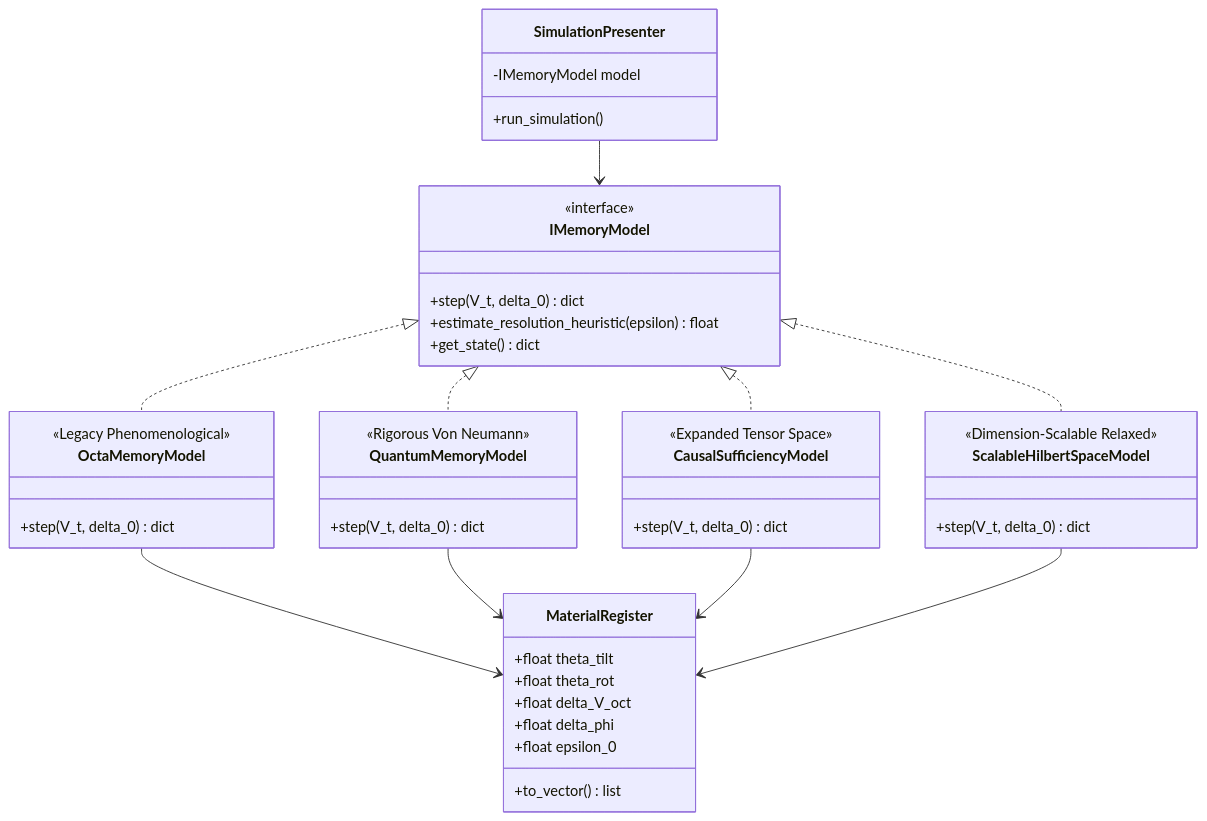
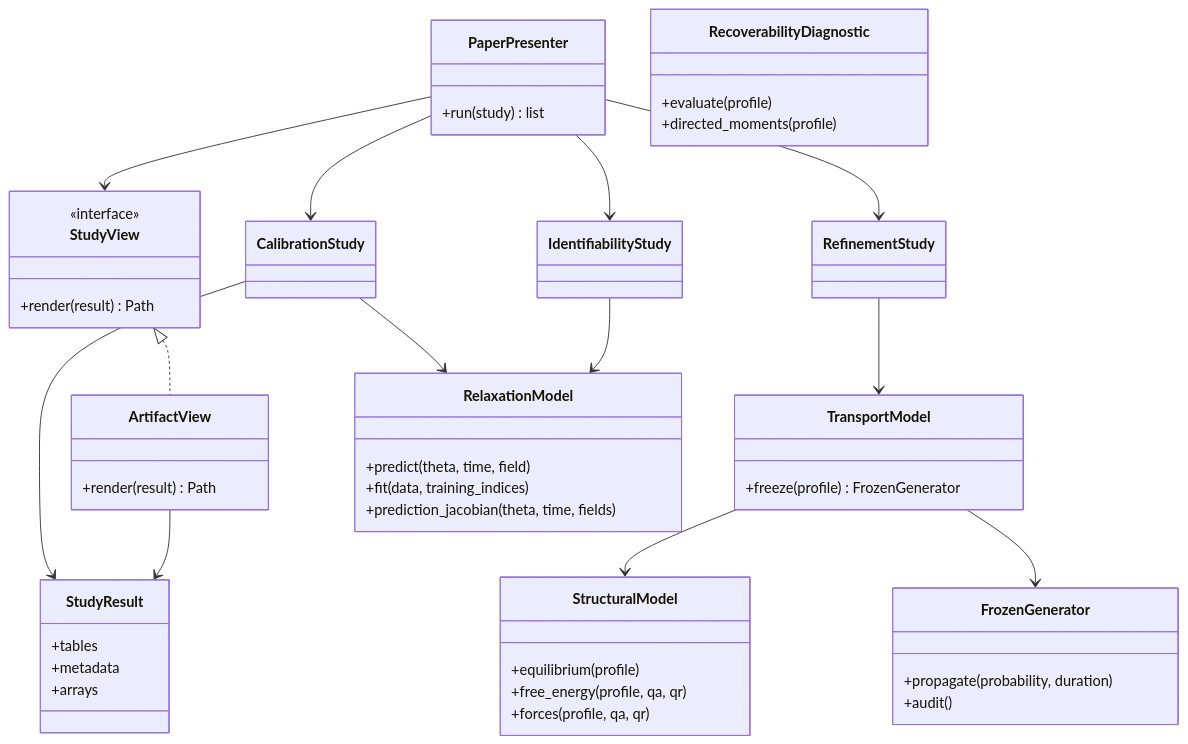
The first of 2 diagrams in README.md (QC-UPM/OgTRQC), drawn with Mermaid before and after one commit. The commit also changed other lines of this file and 169 other files, not shown here.

````diff
--- a/README.md
+++ b/README.md
@@ -79,55 +63,51 @@
 ```mermaid
 classDiagram
-    class MaterialRegister {
-        +float theta_tilt
-        +float theta_rot
-        +float delta_V_oct
-        +float delta_phi
-        +float epsilon_0
-        +to_vector() list
+    class PaperPresenter {
+        +run(study) list
     }
-
-    class IMemoryModel {
+    class StudyView {
         <<interface>>
-        +step(V_t, delta_0) dict
-        +estimate_resolution_heuristic(epsilon) float
-        +get_state() dict
+        +render(result) Path
     }
-
-    class OctaMemoryModel {
-        <<Legacy Phenomenological>>
-        +step(V_t, delta_0) dict
+    class ArtifactView {
+        +render(result) Path
     }
-
-    class QuantumMemoryModel {
-        <<Rigorous Von Neumann>>
-        +step(V_t, delta_0) dict
+    class StudyResult {
+        +tables
+        +metadata
+        +arrays
     }
-    
-    class CausalSufficiencyModel {
-        <<Expanded Tensor Space>>
-        +step(V_t, delta_0) dict
+    class StructuralModel {
+        +equilibrium(profile)
+        +free_energy(profile, qa, qr)
+        +forces(profile, qa, qr)
     }
-    
-    class ScalableHilbertSpaceModel {
-        <<Dimension-Scalable Relaxed>>
-        +step(V_t, delta_0) dict
+    class TransportModel {
+        +freeze(profile) FrozenGenerator
     }
-
-    IMemoryModel <|.. OctaMemoryModel
-    IMemoryModel <|.. QuantumMemoryModel
-    IMemoryModel <|.. CausalSufficiencyModel
-    IMemoryModel <|.. ScalableHilbertSpaceModel
-    
-    OctaMemoryModel --> MaterialRegister
-    QuantumMemoryModel --> MaterialRegister
-    CausalSufficiencyModel --> MaterialRegister
-    ScalableHilbertSpaceModel --> MaterialRegister
-
-    class SimulationPresenter {
-        -IMemoryModel model
-        +run_simulation()
+    class FrozenGenerator {
+        +propagate(probability, duration)
+        +audit()
     }
-    
-    SimulationPresenter --> IMemoryModel
+    class RelaxationModel {
+        +predict(theta, time, field)
+        +fit(data, training_indices)
+        +prediction_jacobian(theta, time, fields)
+    }
+    class RecoverabilityDiagnostic {
+        +evaluate(profile)
+        +directed_moments(profile)
+    }
+    StudyView <|.. ArtifactView
+    PaperPresenter --> StudyView
+    PaperPresenter --> CalibrationStudy
+    PaperPresenter --> IdentifiabilityStudy
+    PaperPresenter --> RefinementStudy
+    CalibrationStudy --> RelaxationModel
+    IdentifiabilityStudy --> RelaxationModel
+    RefinementStudy --> TransportModel
+    TransportModel --> StructuralModel
+    TransportModel --> FrozenGenerator
+    CalibrationStudy --> StudyResult
+    ArtifactView --> StudyResult
 ```
````
